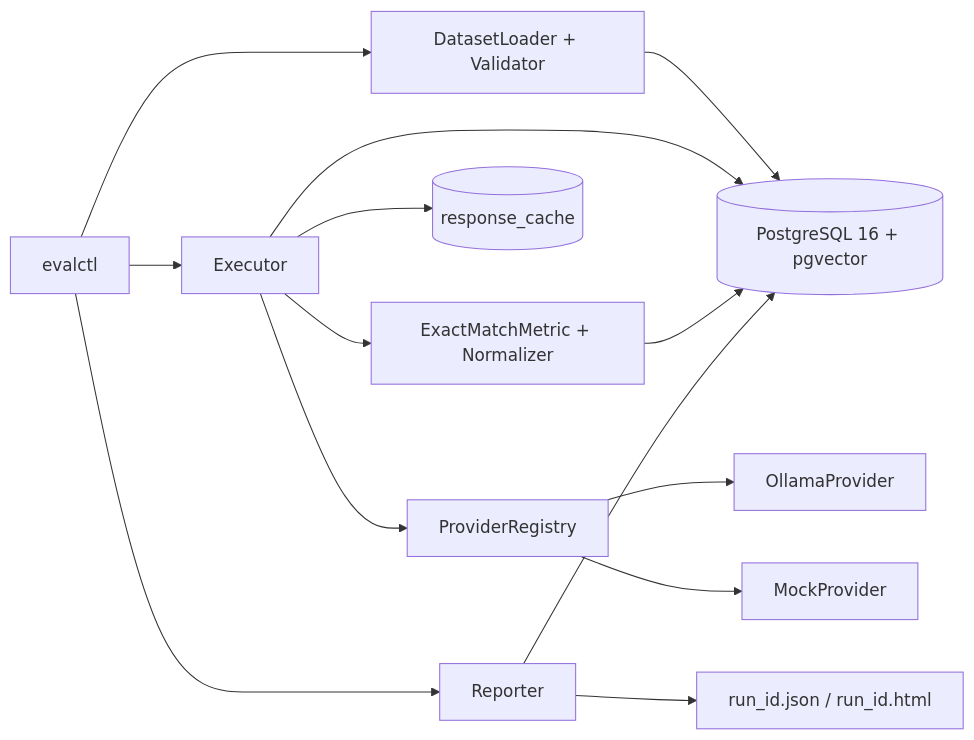
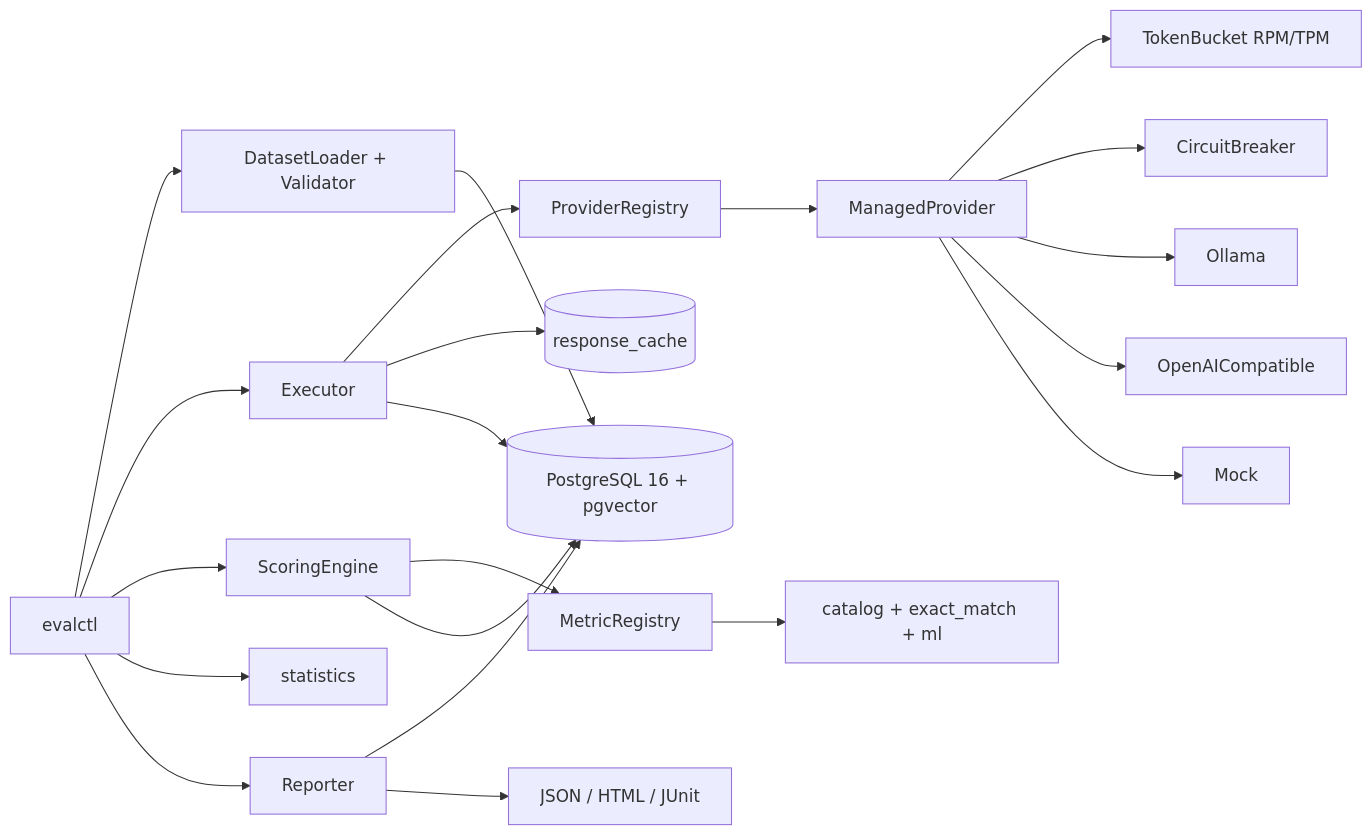
One commit to DimitarAtanassov/evalanche changed the first of 3 diagrams in docs/guide.md. Above: the diagram before and after it, drawn with Mermaid. The commit also changed other lines of this file and 2 other files, not shown here.

````diff
--- a/docs/guide.md
+++ b/docs/guide.md
@@ -137,16 +113,23 @@
 ```mermaid
 flowchart LR
   CLI[evalctl] --> Loader[DatasetLoader + Validator]
   CLI --> Exec[Executor]
+  CLI --> ScoreEng[ScoringEngine]
+  CLI --> Stats[statistics]
   Loader --> Store[(PostgreSQL 16 + pgvector)]
   Exec --> Reg[ProviderRegistry]
-  Reg --> Ollama[OllamaProvider]
-  Reg --> Mock[MockProvider]
+  Reg --> Managed[ManagedProvider]
+  Managed --> Limiter[TokenBucket RPM/TPM]
+  Managed --> Breaker[CircuitBreaker]
+  Managed --> Ollama[Ollama]
+  Managed --> OpenAI[OpenAICompatible]
+  Managed --> Mock[Mock]
   Exec --> Cache[(response_cache)]
   Exec --> Store
-  Exec --> Scorer[ExactMatchMetric + Normalizer]
-  Scorer --> Store
+  ScoreEng --> Registry[MetricRegistry]
+  Registry --> Catalog[catalog + exact_match + ml]
+  ScoreEng --> Store
   CLI --> Reporter[Reporter]
   Reporter --> Store
-  Reporter --> Artifacts[run_id.json / run_id.html]
+  Reporter --> Artifacts["JSON / HTML / JUnit"]
 ```
````
